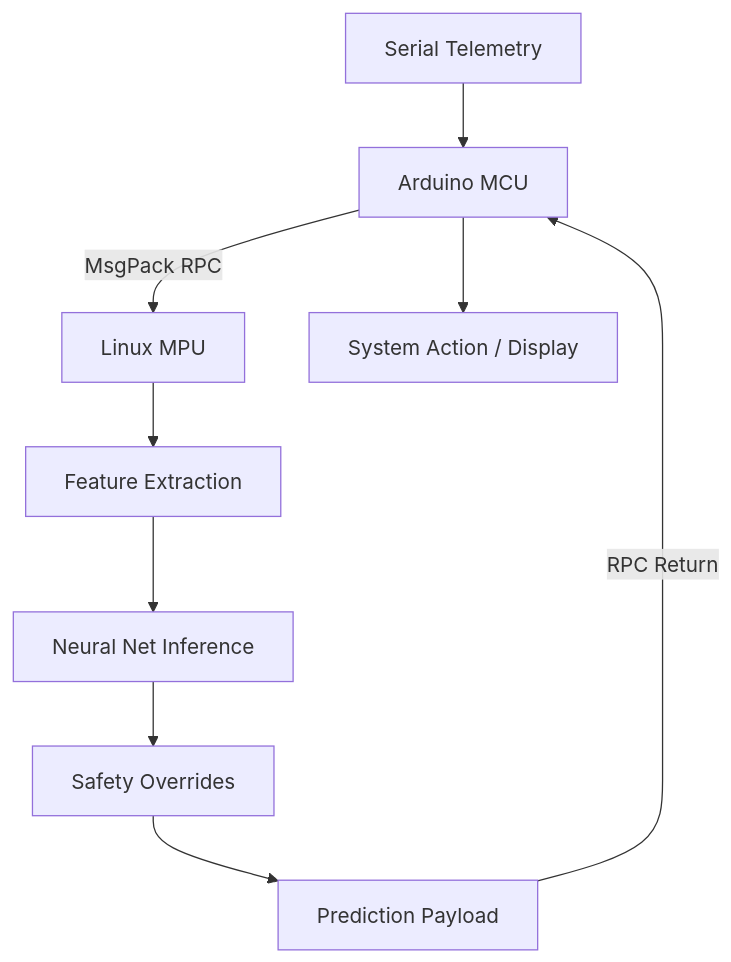
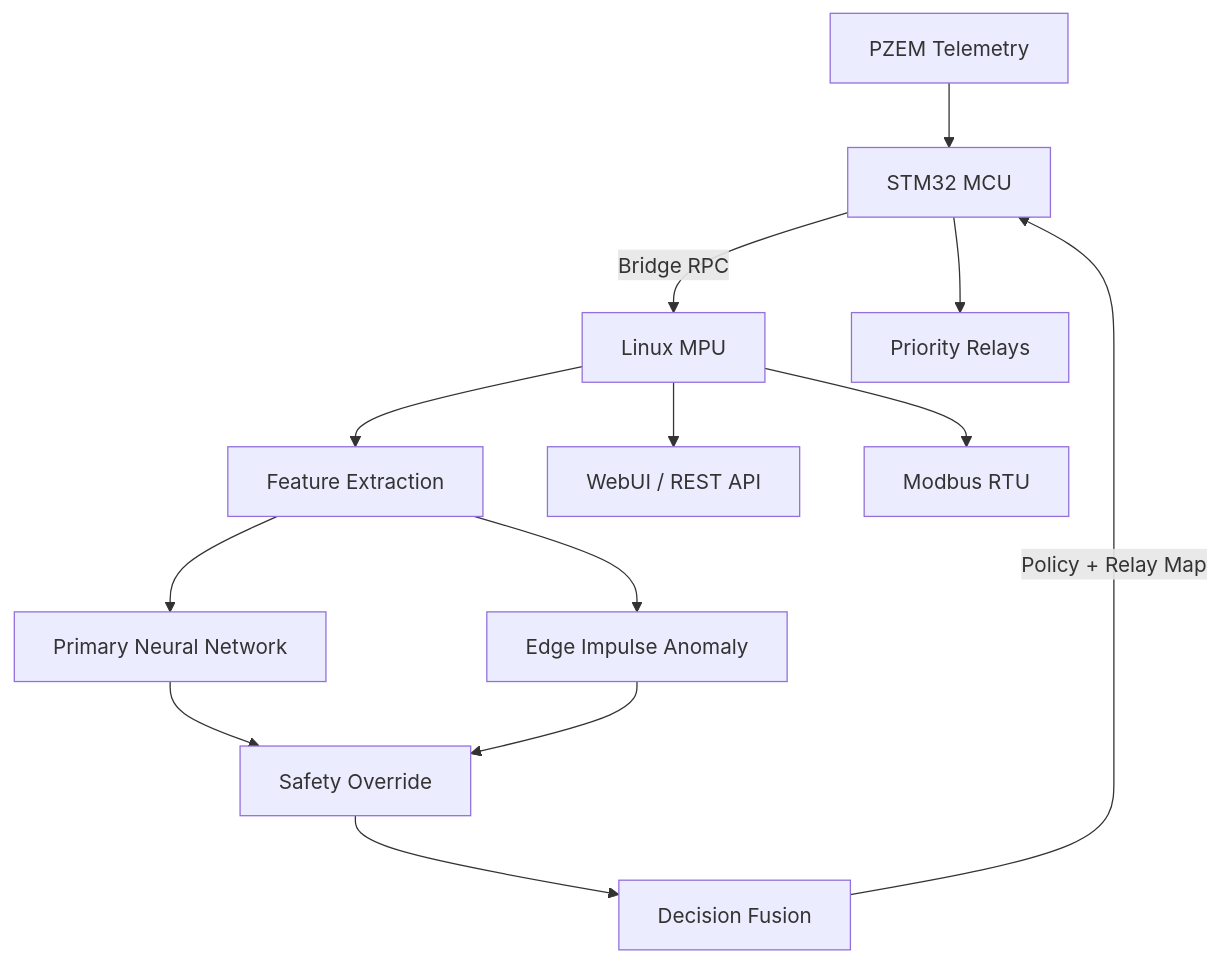
One commit to umarali-lumo/Industrial-Edge-AI-Inference-Platform changed the diagram in README.md. Above: the diagram before and after it, drawn with Mermaid. The commit also changed other lines of this file, not shown here.

````diff
--- a/README.md
+++ b/README.md
@@ -34,11 +41,15 @@
 ```mermaid
 graph TD
-    S[Serial Telemetry] --> MCU[Arduino MCU]
-    MCU -- MsgPack RPC --> MPU[Linux MPU]
-    MPU --> FE[Feature Extraction]
-    FE --> NN[Neural Net Inference]
-    NN --> SR[Safety Overrides]
-    SR --> RES[Prediction Payload]
-    RES -- RPC Return --> MCU
-    MCU --> ACT[System Action / Display]
+    A[PZEM Telemetry] --> B[STM32 MCU]
+    B -- Bridge RPC --> C[Linux MPU]
+    C --> D[Feature Extraction]
+    D --> E[Primary Neural Network]
+    D --> F[Edge Impulse Anomaly]
+    E --> G[Safety Override]
+    F --> G
+    G --> H[Decision Fusion]
+    H -- Policy + Relay Map --> B
+    B --> I[Priority Relays]
+    C --> J[WebUI / REST API]
+    C --> K[Modbus RTU]
 ```
````
